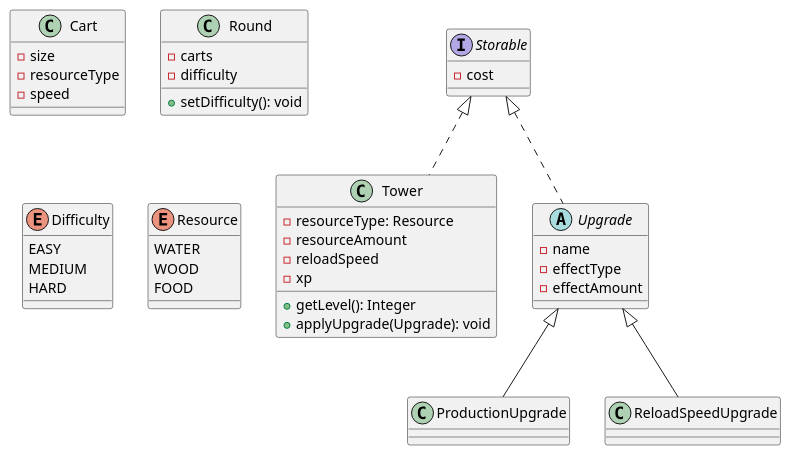
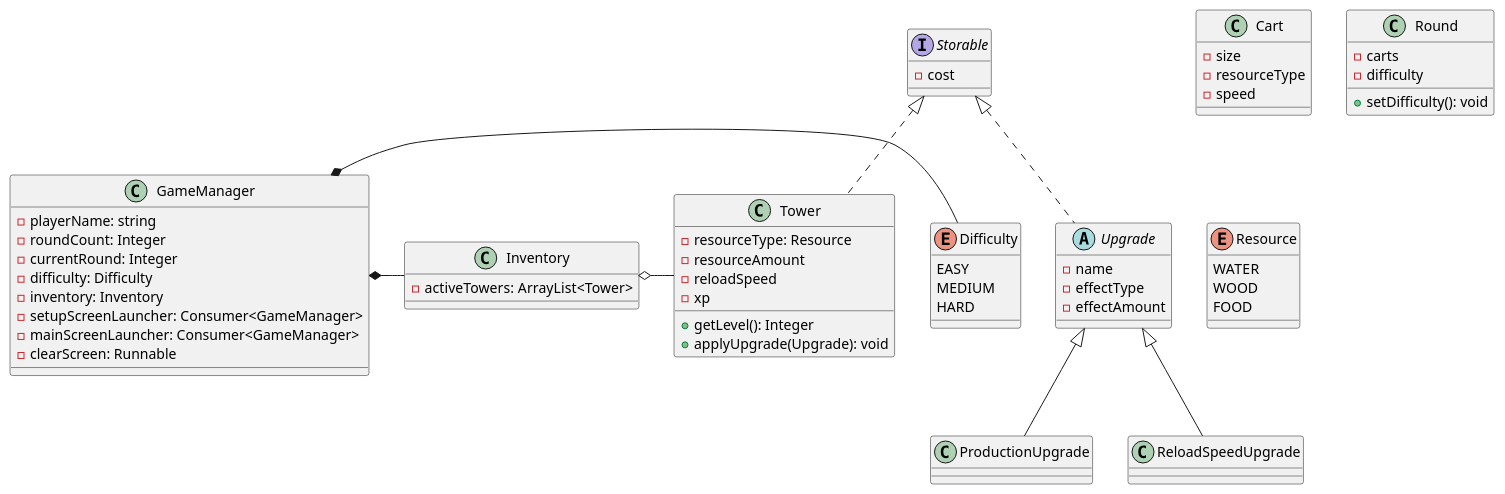
Before and after one commit to Fudgeey/uc-seng201-project: the diagram in uml/class.puml, drawn with PlantUML. The commit also changed 8 other files, not shown here.

Commit message:
Make full screen + game screen code

```diff
--- a/uml/class.puml
+++ b/uml/class.puml
@@ -1,55 +1,74 @@
 @startuml
 'https://plantuml.com/class-diagram
 
 class Tower implements Storable {
     - resourceType: Resource
     - resourceAmount
     - reloadSpeed
     - xp
 
     + getLevel(): Integer
     + applyUpgrade(Upgrade): void
 }
 
 class Cart {
     - size
     - resourceType
     - speed
 }
 
 class Round {
     - carts
     - difficulty
 
     + setDifficulty(): void
 }
 
 enum Difficulty {
     EASY
     MEDIUM
     HARD
 }
 
 enum Resource {
     WATER
     WOOD
     FOOD
 }
 
 abstract Upgrade implements Storable {
     - name
     - effectType
     - effectAmount
 }
 
 class ProductionUpgrade extends Upgrade {
 }
 
 class ReloadSpeedUpgrade extends Upgrade {
 }
 
 
 interface Storable {
     - cost
 }
+
+class Inventory {
+    - activeTowers: ArrayList<Tower>
+}
+
+class GameManager {
+    - playerName: string
+    - roundCount: Integer
+    - currentRound: Integer
+    - difficulty: Difficulty
+    - inventory: Inventory
+    - setupScreenLauncher: Consumer<GameManager>
+    - mainScreenLauncher: Consumer<GameManager>
+    - clearScreen: Runnable
+}
+
+GameManager *- Difficulty
+GameManager *- Inventory
+Inventory o- Tower
 @enduml
```
